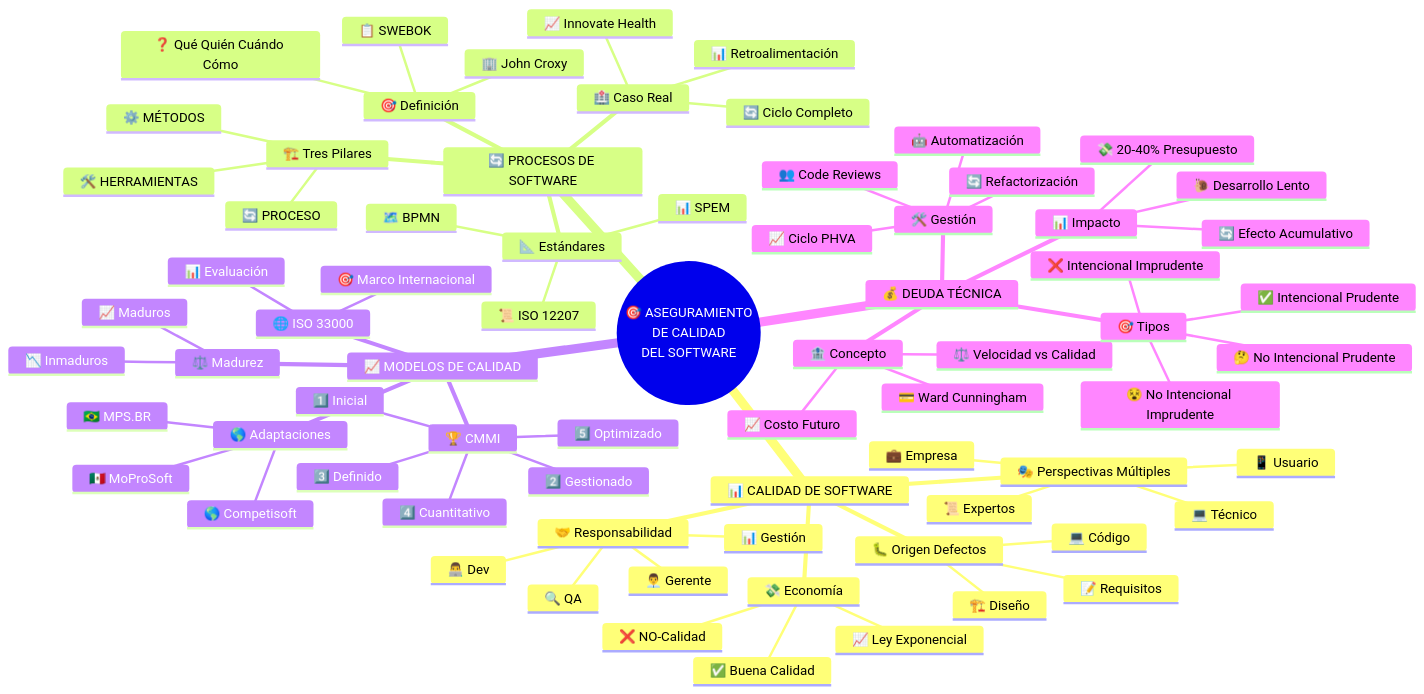
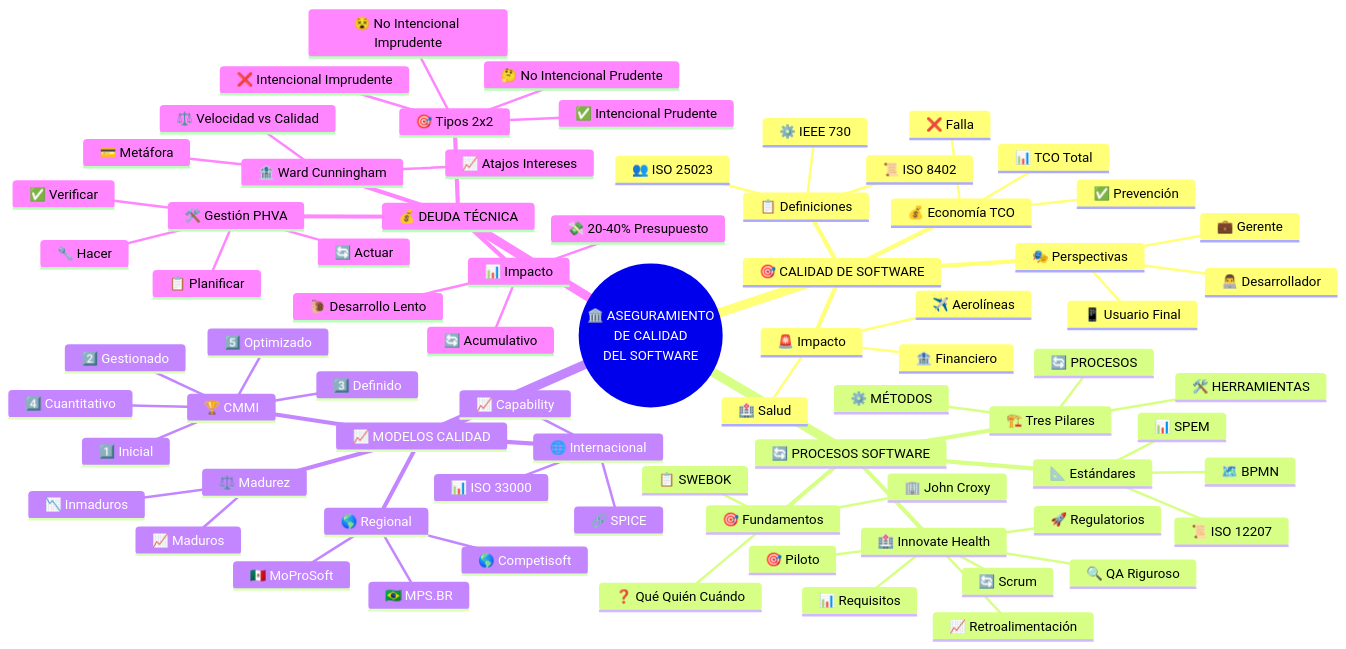
Before and after one commit to OverCV/Software-Quality: the second of 3 diagrams in classes/Week-01/Actividades/mapa-mental.md, drawn with Mermaid. The commit also changed other lines of this file, not shown here.

Commit message:
Diagram with two versions available.

````diff
--- a/classes/Week-01/Actividades/mapa-mental.md
+++ b/classes/Week-01/Actividades/mapa-mental.md
@@ -7,79 +122,82 @@
 ```mermaid
 mindmap
-  root((🎯 ASEGURAMIENTO<br/>DE CALIDAD<br/>DEL SOFTWARE))
-    📊 CALIDAD DE SOFTWARE
-      🎭 Perspectivas Múltiples
-        📱 Usuario
-        💼 Empresa
-        💻 Técnico
-        📜 Expertos
-      💸 Economía
-        ✅ Buena Calidad
-        ❌ NO-Calidad
-        📈 Ley Exponencial
-      🐛 Origen Defectos
-        📝 Requisitos
-        🏗️ Diseño
-        💻 Código
-      🤝 Responsabilidad
-        👨‍💼 Gerente
-        👨‍💻 Dev
-        🔍 QA
-        📊 Gestión
-
-    🔄 PROCESOS DE SOFTWARE
-      🎯 Definición
+  root((🏛️ ASEGURAMIENTO<br/>DE CALIDAD<br/>DEL SOFTWARE))
+    
+    🎯 CALIDAD DE SOFTWARE
+      📋 Definiciones
+        📜 ISO 8402
+        ⚙️ IEEE 730
+        👥 ISO 25023
+      🎭 Perspectivas
+        📱 Usuario Final
+        💼 Gerente
+        👨‍💻 Desarrollador
+      💰 Economía TCO
+        ✅ Prevención
+        ❌ Falla
+        📊 TCO Total
+      🚨 Impacto
+        ✈️ Aerolíneas
+        🏦 Financiero
+        🏥 Salud
+    
+    🔄 PROCESOS SOFTWARE
+      🎯 Fundamentos
         📋 SWEBOK
         🏢 John Croxy
-        ❓ Qué Quién Cuándo Cómo
+        ❓ Qué Quién Cuándo
       🏗️ Tres Pilares
-        🔄 PROCESO
+        🔄 PROCESOS
         ⚙️ MÉTODOS
         🛠️ HERRAMIENTAS
-      🏥 Caso Real
-        📈 Innovate Health
-        🔄 Ciclo Completo
-        📊 Retroalimentación
+      🏥 Innovate Health
+        🚀 Regulatorios
+        📊 Requisitos
+        🔄 Scrum
+        🔍 QA Riguroso
+        🎯 Piloto
+        📈 Retroalimentación
       📐 Estándares
         📜 ISO 12207
         🗺️ BPMN
         📊 SPEM
-
-    📈 MODELOS DE CALIDAD
+    
+    📈 MODELOS CALIDAD
       ⚖️ Madurez
         📉 Inmaduros
         📈 Maduros
       🏆 CMMI
         1️⃣ Inicial
         2️⃣ Gestionado
         3️⃣ Definido
         4️⃣ Cuantitativo
         5️⃣ Optimizado
-      🌐 ISO 33000
-        🎯 Marco Internacional
-        📊 Evaluación
-      🌎 Adaptaciones
+      🌐 Internacional
+        📊 ISO 33000
+        🔗 SPICE
+        📈 Capability
+      🌎 Regional
         🇧🇷 MPS.BR
         🇲🇽 MoProSoft
         🌎 Competisoft
-
+    
     💰 DEUDA TÉCNICA
-      🏦 Concepto
-        💳 Ward Cunningham
+      🏦 Ward Cunningham
+        💳 Metáfora
         ⚖️ Velocidad vs Calidad
-        📈 Costo Futuro
-      🎯 Tipos
+        📈 Atajos Intereses
+      🎯 Tipos 2x2
         ✅ Intencional Prudente
         ❌ Intencional Imprudente
         🤔 No Intencional Prudente
         😵 No Intencional Imprudente
       📊 Impacto
         🐌 Desarrollo Lento
         💸 20-40% Presupuesto
-        🔄 Efecto Acumulativo
-      🛠️ Gestión
-        🔄 Refactorización
-        👥 Code Reviews
-        🤖 Automatización
-        📈 Ciclo PHVA
+        🔄 Acumulativo
+      🛠️ Gestión PHVA
+        📋 Planificar
+        🔧 Hacer
+        ✅ Verificar
+        🔄 Actuar
 ```
````
